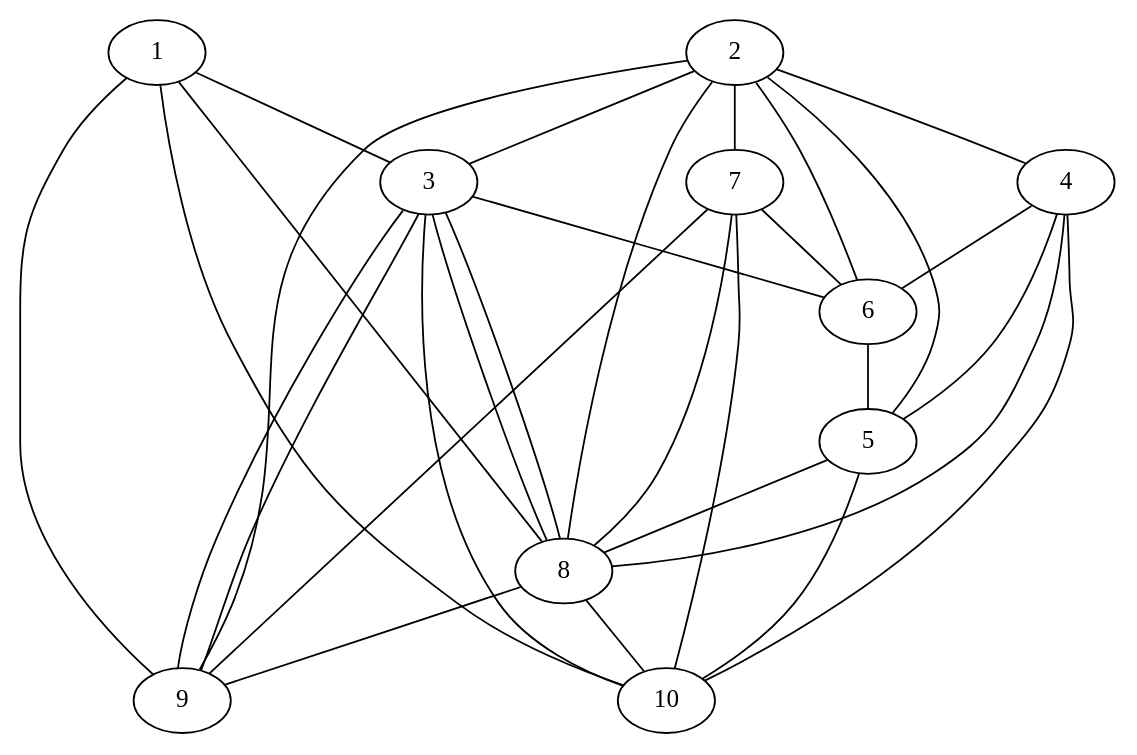
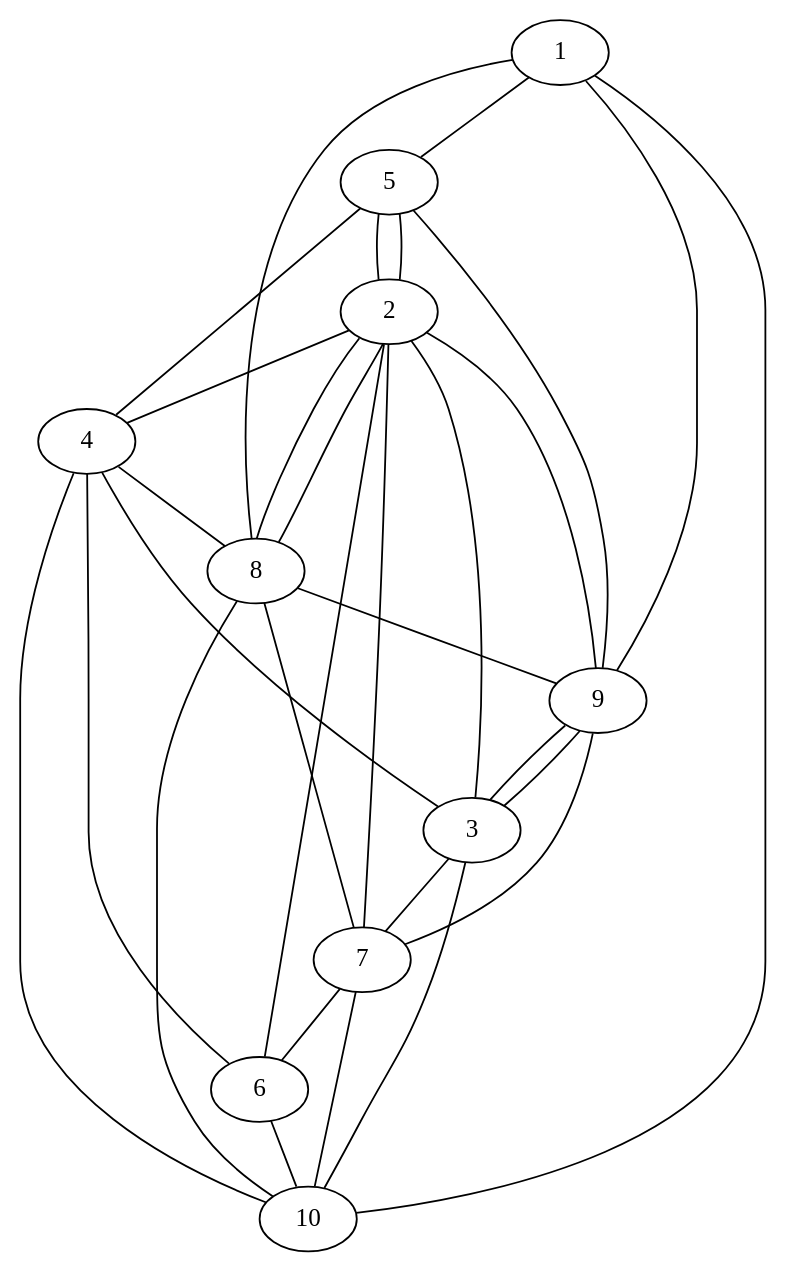
Before and after one commit to wequalwo/searchInGraph: the diagram in tree_with_new_edges.dot, drawn with Graphviz. The commit also changed 5 other files, not shown here.

```diff
--- a/tree_with_new_edges.dot
+++ b/tree_with_new_edges.dot
@@ -1,32 +1,32 @@
 graph G {
-    1 -- 3;
-    2 -- 3;
-    4 -- 10;
+    1 -- 5;
     7 -- 6;
-    6 -- 5;
-    5 -- 8;
-    8 -- 3;
+    8 -- 2;
     9 -- 3;
-    3 -- 10;
+    3 -- 4;
+    4 -- 5;
+    5 -- 2;
+    2 -- 6;
+    6 -- 10;
     8 -- 9;
-    3 -- 6;
+    3 -- 7;
     7 -- 9;
     1 -- 8;
+    4 -- 10;
     4 -- 8;
-    4 -- 6;
-    3 -- 8;
     3 -- 9;
+    3 -- 10;
+    2 -- 3;
     2 -- 4;
-    2 -- 5;
     7 -- 8;
     7 -- 10;
-    4 -- 5;
+    4 -- 6;
     2 -- 7;
     8 -- 10;
     1 -- 10;
     2 -- 8;
-    2 -- 6;
-    5 -- 10;
+    2 -- 5;
+    5 -- 9;
     1 -- 9;
     2 -- 9;
 }
```
